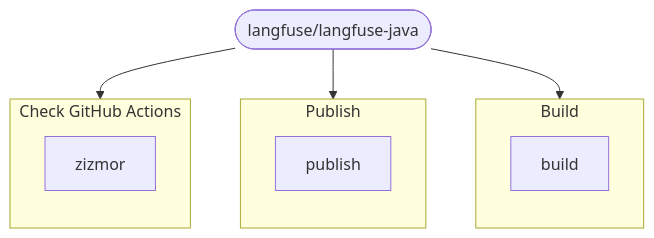
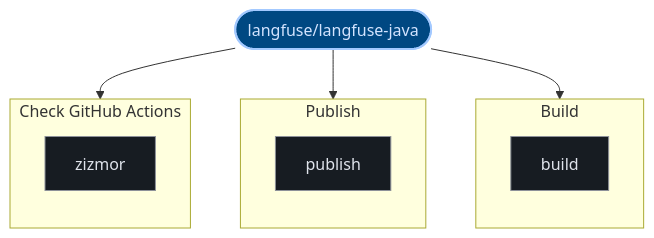
One commit to kumarshaz/atruss-code-atlas changed the third of 3 diagrams in exports/latest/reports/langfuse-langfuse-java-report.md. Above: the diagram before and after it, drawn with Mermaid. The commit also changed other lines of this file and 331 other files, not shown here.

Commit message:
docs,ui,fix: update SDLC docs, reorder CI/CD DAG first, stylize Mermaid, and fix Arc42 pipeline topology

````diff
--- a/exports/latest/reports/langfuse-langfuse-java-report.md
+++ b/exports/latest/reports/langfuse-langfuse-java-report.md
@@ -110,19 +121,26 @@
 ```mermaid
 graph TD;
-  pipeline_root(["langfuse/langfuse-java"])
+  classDef atlasRoot fill:#004882,stroke:#a3c9ff,stroke-width:2px,color:#d3e4ff
+  classDef atlasCategory fill:#212428,stroke:#E87A48,stroke-width:1.5px,color:#dfe3eb
+  classDef atlasWorkflow fill:#1b2026,stroke:#a3c9ff,stroke-width:1.5px,color:#dfe3eb
+  classDef atlasJob fill:#171c22,stroke:#8d9199,stroke-width:1px,color:#dfe3eb
+  classDef atlasTarget fill:#005227,stroke:#8bd99b,stroke-width:1.5px,color:#a7f6b6
+  classDef atlasAlert fill:#93000a,stroke:#ffb4ab,stroke-width:1.5px,color:#ffdad6
+  classDef atlasMore fill:#252a31,stroke:#8d9199,stroke-dasharray:4 4,color:#c3c6cf
+  pipeline_root(["langfuse/langfuse-java"]):::atlasRoot
   subgraph Build_0["Build"]
     direction TB
-    0_build["build"]
+    0_build["build"]:::atlasJob
   end
   pipeline_root --> 0_build
   subgraph Publish_1["Publish"]
     direction TB
-    1_publish["publish"]
+    1_publish["publish"]:::atlasJob
   end
   pipeline_root --> 1_publish
   subgraph Check_GitHub_Actions_2["Check GitHub Actions"]
     direction TB
-    2_zizmor["zizmor"]
+    2_zizmor["zizmor"]:::atlasJob
   end
   pipeline_root --> 2_zizmor
 ```
````
